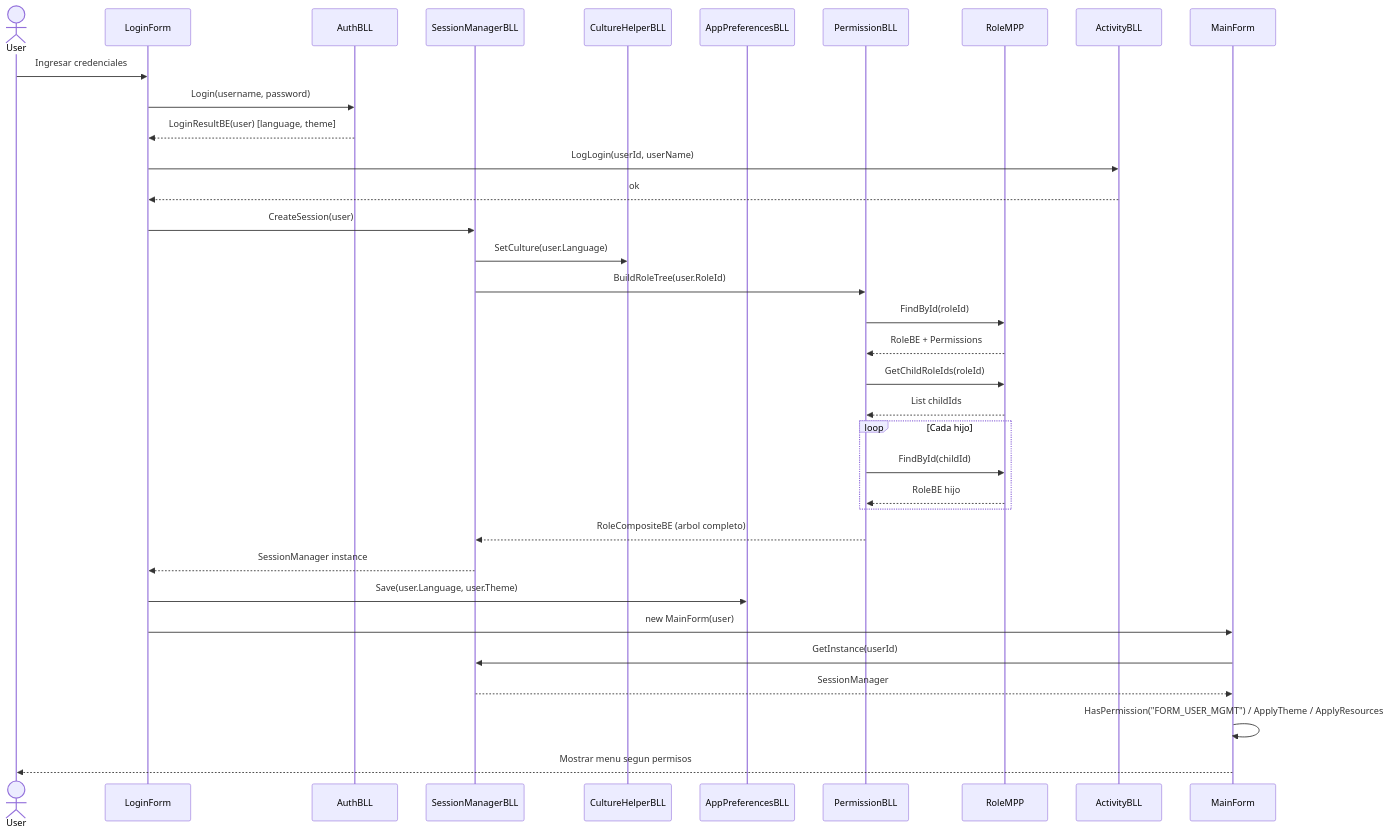
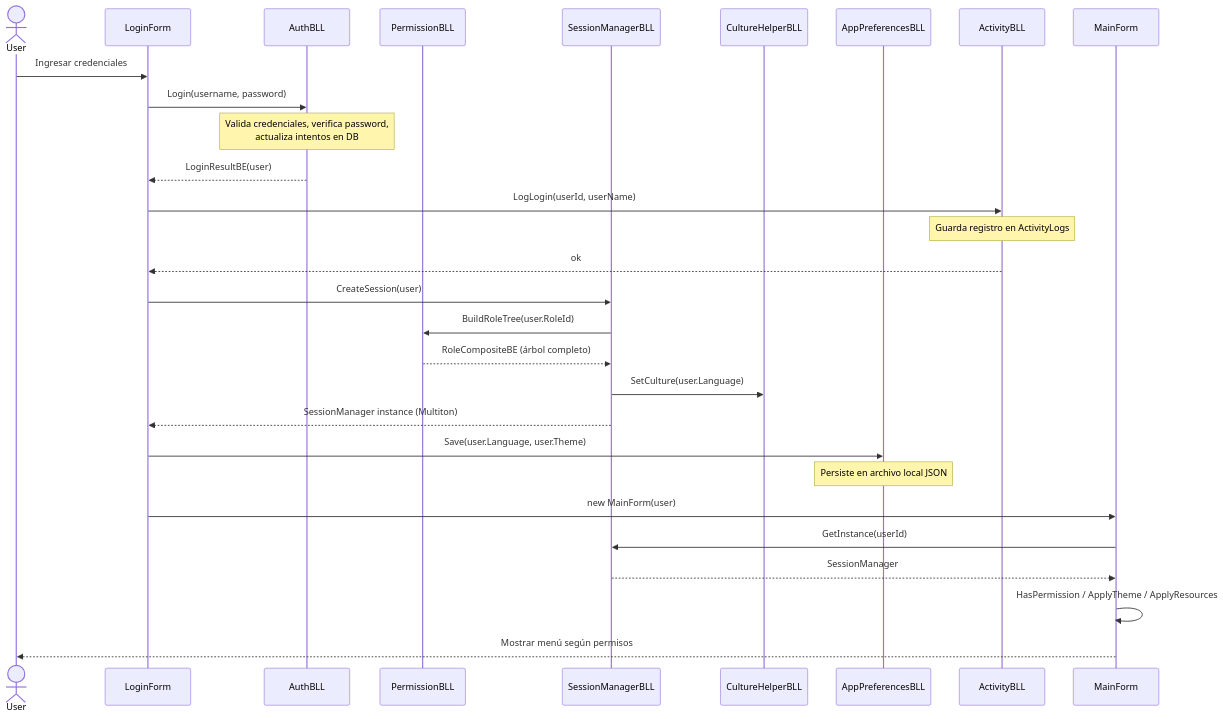
The diagram in docs/mermaid-live/secuencia-login.mmd (DarioZubaray/Proyecto-Final), drawn with Mermaid before and after one commit. The commit also changed 15 other files, not shown here.

Commit message:
mermaid live code to pngs with script added

```diff
--- a/docs/mermaid-live/secuencia-login.mmd
+++ b/docs/mermaid-live/secuencia-login.mmd
@@ -1,36 +1,30 @@
 sequenceDiagram
     actor User
     participant LF as LoginForm
     participant Auth as AuthBLL
+    participant PBLL as PermissionBLL
     participant SM as SessionManagerBLL
     participant CH as CultureHelperBLL
     participant AP as AppPreferencesBLL
-    participant PBLL as PermissionBLL
-    participant RMPP as RoleMPP
     participant Act as ActivityBLL
     participant MF as MainForm
 
     User->>LF: Ingresar credenciales
     LF->>Auth: Login(username, password)
-    Auth-->>LF: LoginResultBE(user) [language, theme]
+    Note over Auth: Valida credenciales, verifica password,<br/>actualiza intentos en DB
+    Auth-->>LF: LoginResultBE(user)
     LF->>Act: LogLogin(userId, userName)
+    Note over Act: Guarda registro en ActivityLogs
     Act-->>LF: ok
     LF->>SM: CreateSession(user)
+    SM->>PBLL: BuildRoleTree(user.RoleId)
+    PBLL-->>SM: RoleCompositeBE (árbol completo)
     SM->>CH: SetCulture(user.Language)
-    SM->>PBLL: BuildRoleTree(user.RoleId)
-    PBLL->>RMPP: FindById(roleId)
-    RMPP-->>PBLL: RoleBE + Permissions
-    PBLL->>RMPP: GetChildRoleIds(roleId)
-    RMPP-->>PBLL: List childIds
-    loop Cada hijo
-        PBLL->>RMPP: FindById(childId)
-        RMPP-->>PBLL: RoleBE hijo
-    end
-    PBLL-->>SM: RoleCompositeBE (arbol completo)
-    SM-->>LF: SessionManager instance
+    SM-->>LF: SessionManager instance (Multiton)
     LF->>AP: Save(user.Language, user.Theme)
+    Note over AP: Persiste en archivo local JSON
     LF->>MF: new MainForm(user)
     MF->>SM: GetInstance(userId)
     SM-->>MF: SessionManager
-    MF->>MF: HasPermission("FORM_USER_MGMT") / ApplyTheme / ApplyResources
-    MF-->>User: Mostrar menu segun permisos
+    MF->>MF: HasPermission / ApplyTheme / ApplyResources
+    MF-->>User: Mostrar menú según permisos
```
